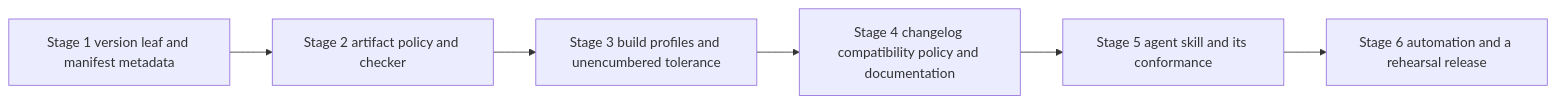
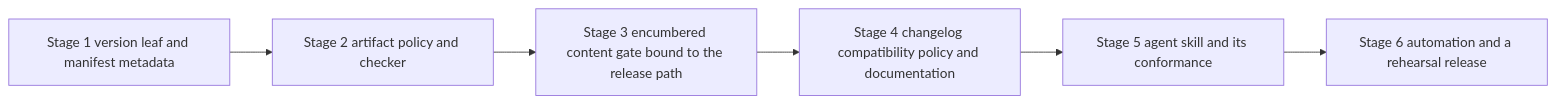
Before and after one commit to joshua-stauffer/fitdocs: the fifth of 5 diagrams in .kiro/specs/distribution/design.md, drawn with Mermaid. The commit also changed other lines of this file and 2 other files, not shown here.

````diff
--- a/.kiro/specs/distribution/design.md
+++ b/.kiro/specs/distribution/design.md
@@ -976,8 +950,8 @@
 ```mermaid
 flowchart LR
     S1[Stage 1 version leaf and manifest metadata] --> S2[Stage 2 artifact policy and checker]
-    S2 --> S3[Stage 3 build profiles and unencumbered tolerance]
+    S2 --> S3[Stage 3 encumbered content gate bound to the release path]
     S3 --> S4[Stage 4 changelog compatibility policy and documentation]
     S4 --> S5[Stage 5 agent skill and its conformance]
     S5 --> S6[Stage 6 automation and a rehearsal release]
 ```
````
